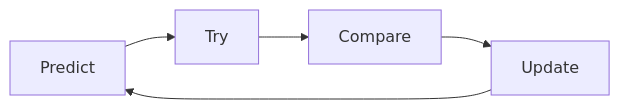
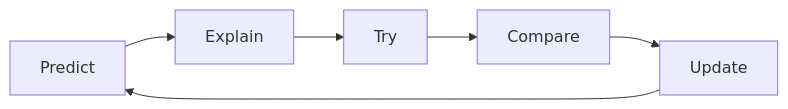
The diagram in asking-questions/readme.md (CodeYourFuture/CYF-Workshops), drawn with Mermaid before and after one commit. The commit also changed other lines of this file and 1 other file, not shown here.

Commit message:
small tweaks
1. extend diagram
2. reorder questions

````diff
--- a/asking-questions/readme.md
+++ b/asking-questions/readme.md
@@ -40,11 +40,13 @@
 ```mermaid
 graph LR
    A[Predict]
-   B[Try]
-   C[Compare]
-   D[Update]
+   B[Explain]
+   C[Try]
+   D[Compare]
+   E[Update]
    A --> B
    B --> C
    C --> D
-   D --> A
+   D --> E
+   E --> A
 ```
````
